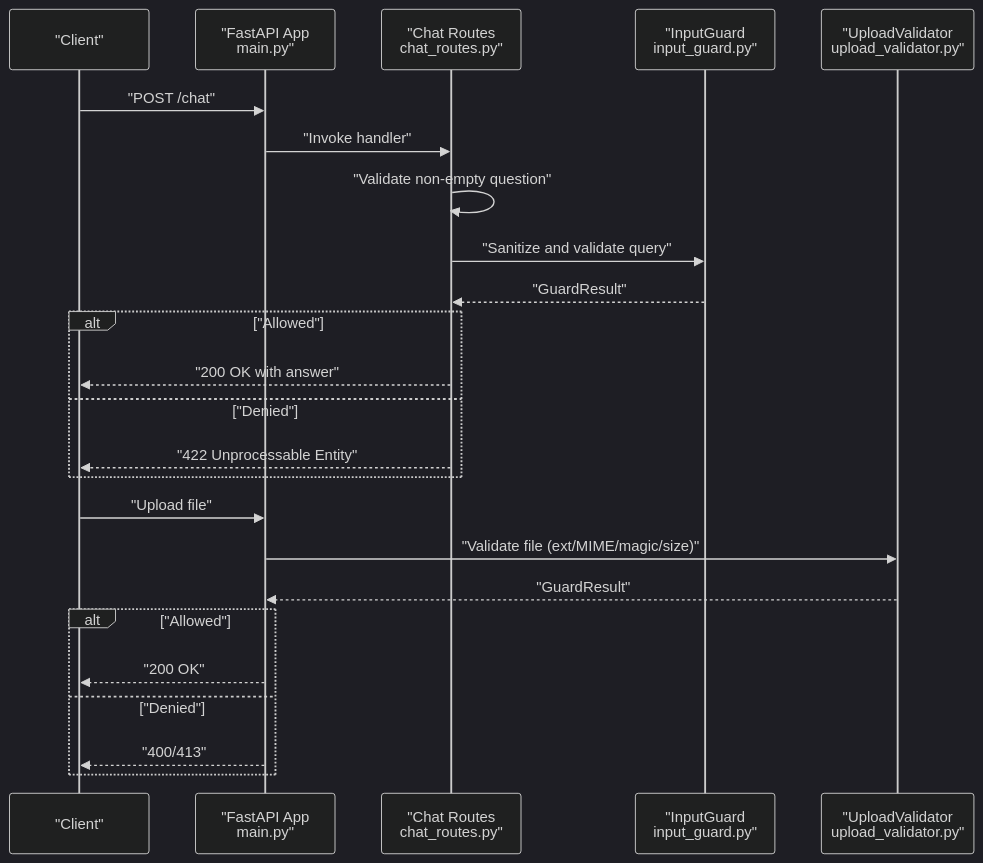
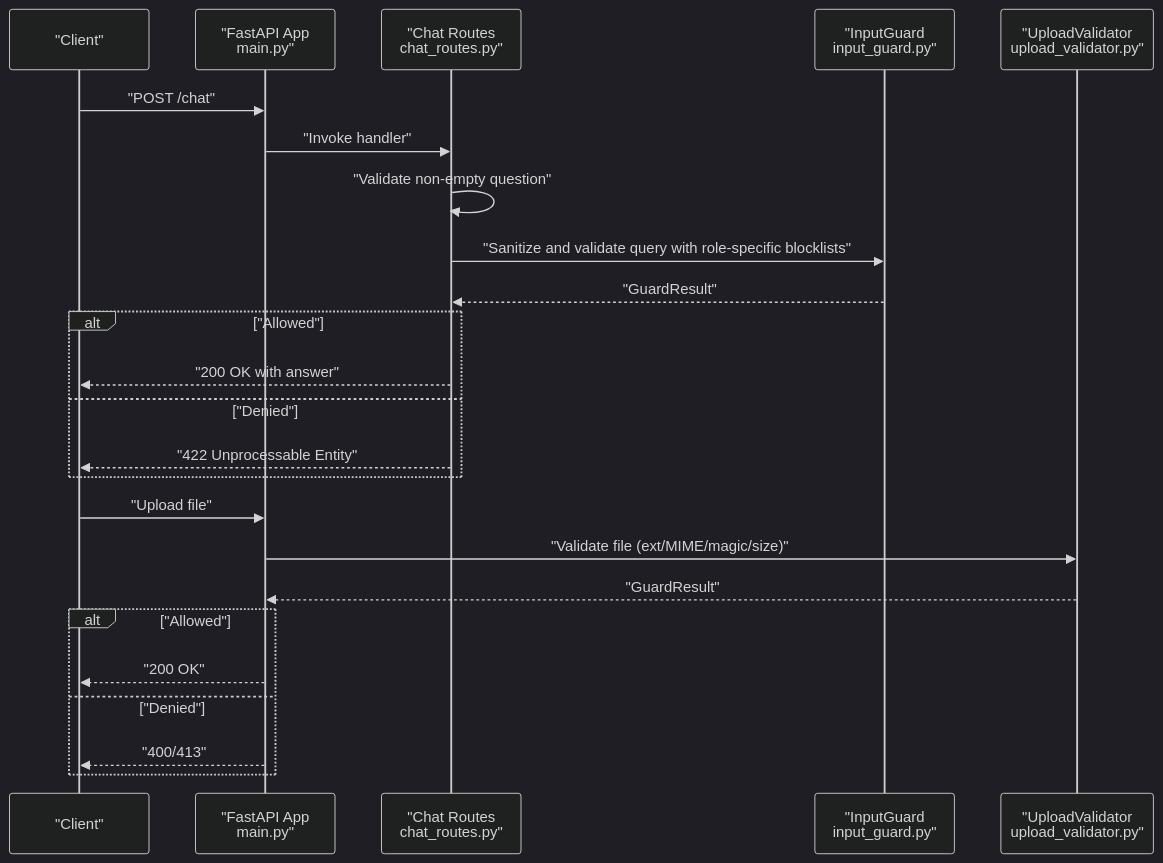
The second of 8 diagrams in .qoder/repowiki/en/content/Backend Development/Security and Middleware/Input Validation System.md (genes8/private-ai), drawn with Mermaid (dark theme) before and after one commit. The commit also changed other lines of this file and 55 other files, not shown here.

````diff
--- a/.qoder/repowiki/en/content/Backend Development/Security and Middleware/Input Validation System.md
+++ b/.qoder/repowiki/en/content/Backend Development/Security and Middleware/Input Validation System.md
@@ -123,26 +135,26 @@
 ```mermaid
 sequenceDiagram
 participant Client as "Client"
 participant FastAPI as "FastAPI App<br/>main.py"
 participant Chat as "Chat Routes<br/>chat_routes.py"
 participant Guard as "InputGuard<br/>input_guard.py"
 participant Upload as "UploadValidator<br/>upload_validator.py"
 Client->>FastAPI : "POST /chat"
 FastAPI->>Chat : "Invoke handler"
 Chat->>Chat : "Validate non-empty question"
-Chat->>Guard : "Sanitize and validate query"
+Chat->>Guard : "Sanitize and validate query with role-specific blocklists"
 Guard-->>Chat : "GuardResult"
 alt "Allowed"
 Chat-->>Client : "200 OK with answer"
 else "Denied"
 Chat-->>Client : "422 Unprocessable Entity"
 end
 Client->>FastAPI : "Upload file"
 FastAPI->>Upload : "Validate file (ext/MIME/magic/size)"
 Upload-->>FastAPI : "GuardResult"
 alt "Allowed"
 FastAPI-->>Client : "200 OK"
 else "Denied"
 FastAPI-->>Client : "400/413"
 end
 ```
````
